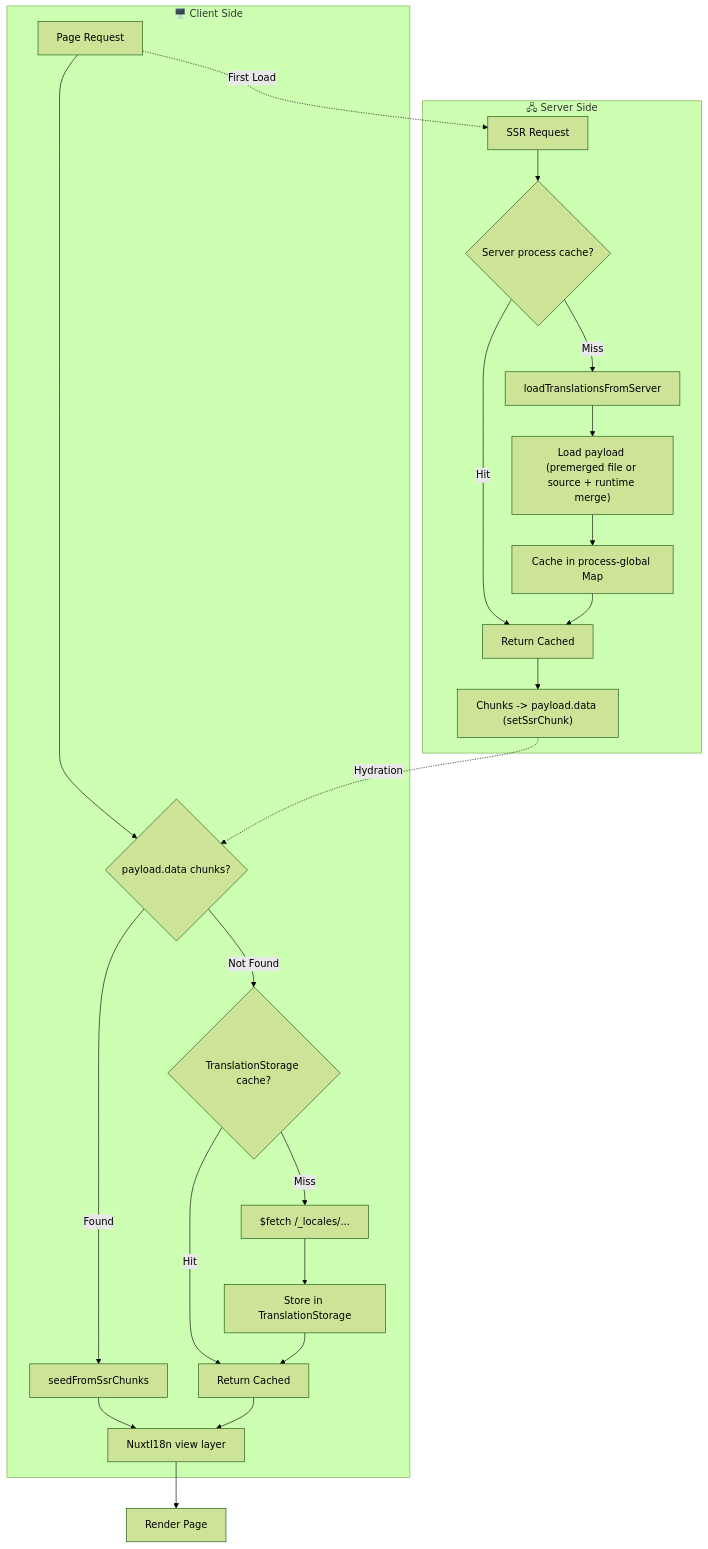
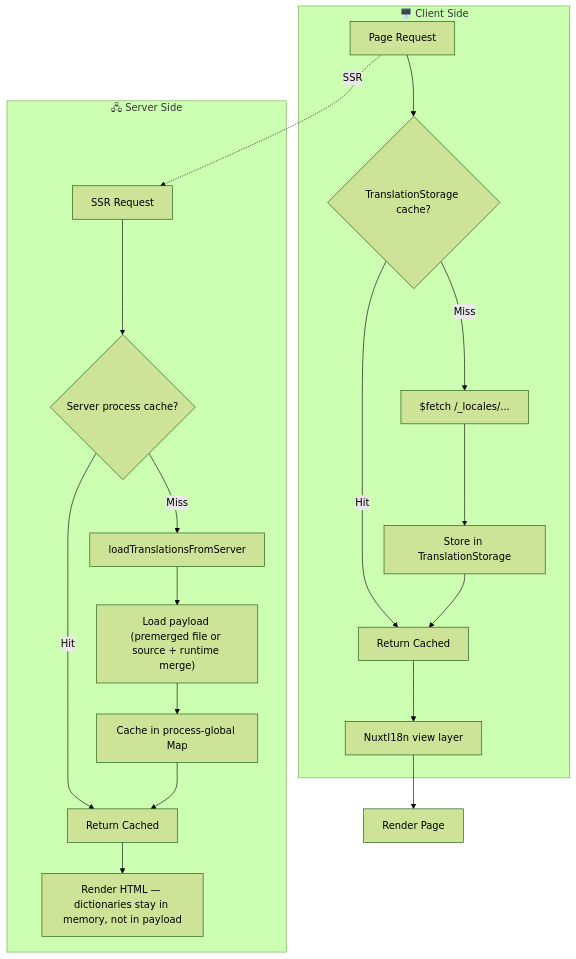
One commit to s00d/nuxt-i18n-micro changed the second of 2 diagrams in docs/guide/getting-started.md. Above: the diagram before and after it, drawn with Mermaid (forest theme). The commit also changed other lines of this file and 56 other files, not shown here.

````diff
--- a/docs/guide/getting-started.md
+++ b/docs/guide/getting-started.md
@@ -287,28 +287,24 @@
 ```mermaid
 flowchart TB
     subgraph Client["🖥️ Client Side"]
-        A[Page Request] --> B{payload.data chunks?}
-        B -->|Found| C[seedFromSsrChunks]
-        B -->|Not Found| D{TranslationStorage cache?}
+        A[Page Request] --> D{TranslationStorage cache?}
         D -->|Hit| E[Return Cached]
         D -->|Miss| F["$fetch /_locales/..."]
         F --> G[Store in TranslationStorage]
         G --> E
-        C --> H[NuxtI18n view layer]
-        E --> H
+        E --> H[NuxtI18n view layer]
     end
 
     subgraph Server["🖧 Server Side"]
         I[SSR Request] --> J{Server process cache?}
         J -->|Hit| K[Return Cached]
         J -->|Miss| L[loadTranslationsFromServer]
         L --> M["Load payload (premerged file or source + runtime merge)"]
         M --> N[Cache in process-global Map]
         N --> K
-        K --> O["Chunks -> payload.data (setSsrChunk)"]
+        K --> O[Render HTML — dictionaries stay in memory, not in payload]
     end
 
-    A -.->|First Load| I
-    O -.->|Hydration| B
+    A -.->|SSR| I
     H --> P[Render Page]
 ```
````
